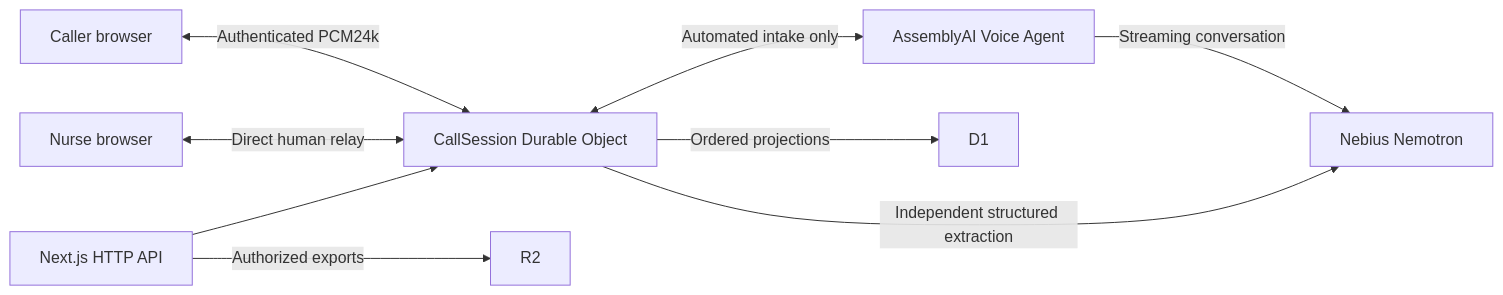
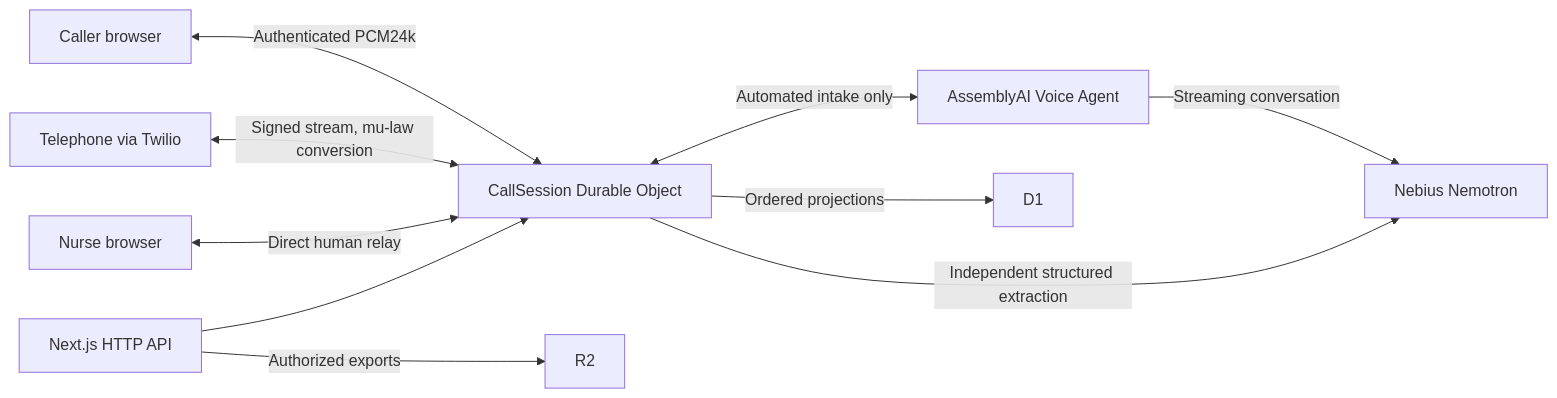
Before and after one commit to Xuefeng-Zhu/NurseBridge: the diagram in docs/architecture.md, drawn with Mermaid. The commit also changed other lines of this file and 40 other files, not shown here.

Commit message:
Add Twilio inbound phone calls and nurse handoff

````diff
--- a/docs/architecture.md
+++ b/docs/architecture.md
@@ -5,11 +5,12 @@
 ```mermaid
 flowchart LR
   Caller[Caller browser] <-->|Authenticated PCM24k| Session[CallSession Durable Object]
+  Phone[Telephone via Twilio] <-->|Signed stream, mu-law conversion| Session
   Nurse[Nurse browser] <-->|Direct human relay| Session
   Session <-->|Automated intake only| Voice[AssemblyAI Voice Agent]
   Voice -->|Streaming conversation| Nemotron[Nebius Nemotron]
   Session -->|Independent structured extraction| Nemotron
   Session -->|Ordered projections| D1
   Web[Next.js HTTP API] --> Session
   Web -->|Authorized exports| R2
 ```
````
